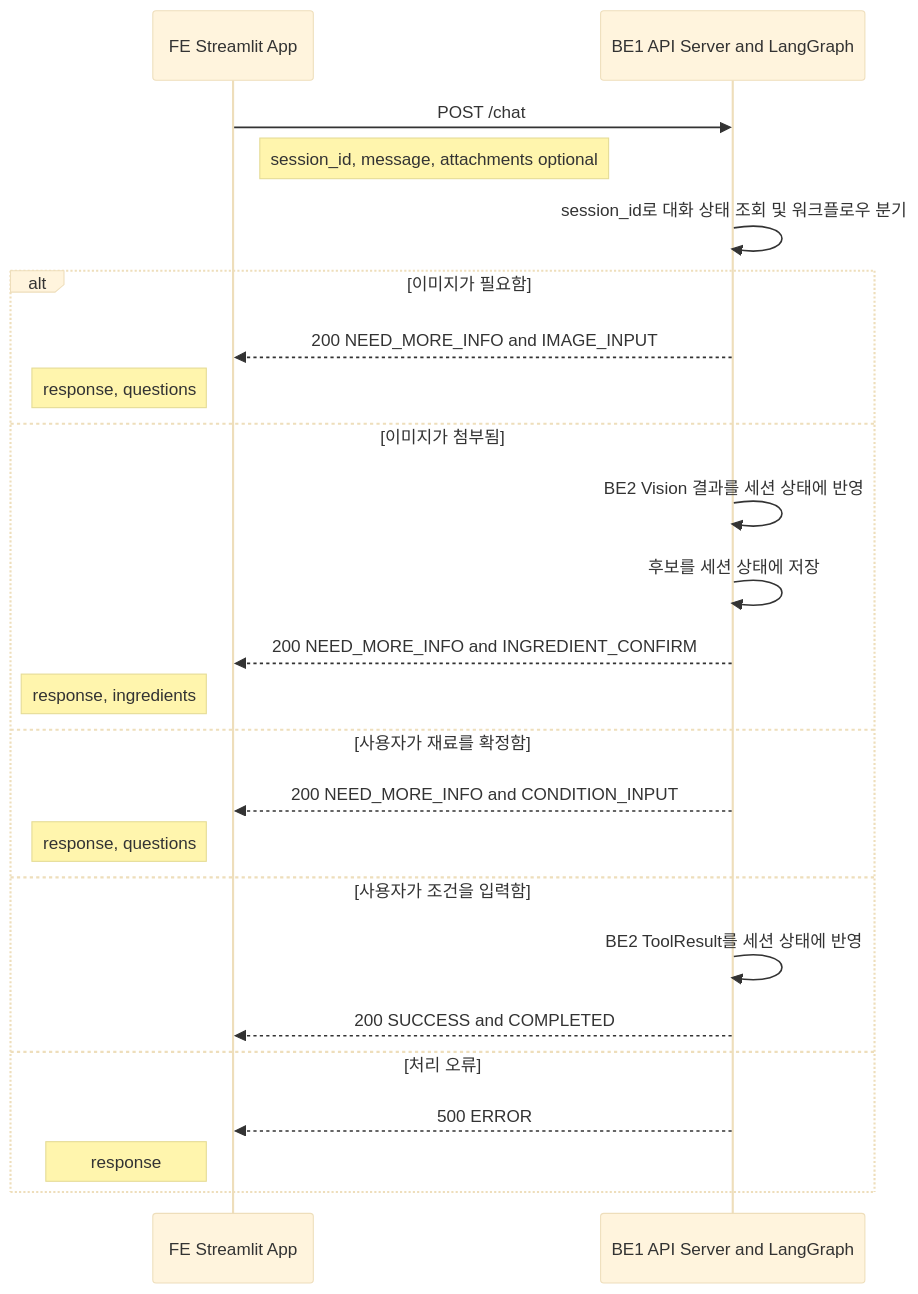
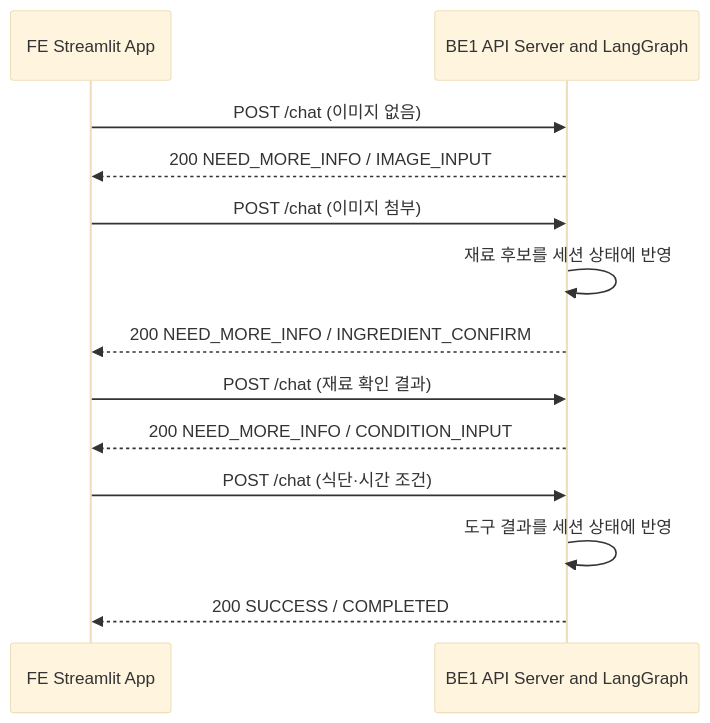
One commit to DongJunee/2026_aio2_p2_PlanEat_Backend changed the first of 3 diagrams in docs/data-flow.md. Above: the diagram before and after it, drawn with Mermaid (base theme). The commit also changed other lines of this file, not shown here.

````diff
--- a/docs/data-flow.md
+++ b/docs/data-flow.md
@@ -15,28 +18,19 @@
 ```mermaid
 sequenceDiagram
     participant FE as FE Streamlit App
     participant BE1 as BE1 API Server and LangGraph
 
-    FE->>BE1: POST /chat
-    Note right of FE: session_id, message, attachments optional
-    BE1->>BE1: session_id로 대화 상태 조회 및 워크플로우 분기
+    FE->>BE1: POST /chat (이미지 없음)
+    BE1-->>FE: 200 NEED_MORE_INFO / IMAGE_INPUT
 
-    alt 이미지가 필요함
-        BE1-->>FE: 200 NEED_MORE_INFO and IMAGE_INPUT
-        Note left of FE: response, questions
-    else 이미지가 첨부됨
-        BE1->>BE1: BE2 Vision 결과를 세션 상태에 반영
-        BE1->>BE1: 후보를 세션 상태에 저장
-        BE1-->>FE: 200 NEED_MORE_INFO and INGREDIENT_CONFIRM
-        Note left of FE: response, ingredients
-    else 사용자가 재료를 확정함
-        BE1-->>FE: 200 NEED_MORE_INFO and CONDITION_INPUT
-        Note left of FE: response, questions
-    else 사용자가 조건을 입력함
-        BE1->>BE1: BE2 ToolResult를 세션 상태에 반영
-        BE1-->>FE: 200 SUCCESS and COMPLETED
-    else 처리 오류
-        BE1-->>FE: 500 ERROR
-        Note left of FE: response
-    end
+    FE->>BE1: POST /chat (이미지 첨부)
+    BE1->>BE1: 재료 후보를 세션 상태에 반영
+    BE1-->>FE: 200 NEED_MORE_INFO / INGREDIENT_CONFIRM
+
+    FE->>BE1: POST /chat (재료 확인 결과)
+    BE1-->>FE: 200 NEED_MORE_INFO / CONDITION_INPUT
+
+    FE->>BE1: POST /chat (식단·시간 조건)
+    BE1->>BE1: 도구 결과를 세션 상태에 반영
+    BE1-->>FE: 200 SUCCESS / COMPLETED
 ```
````
